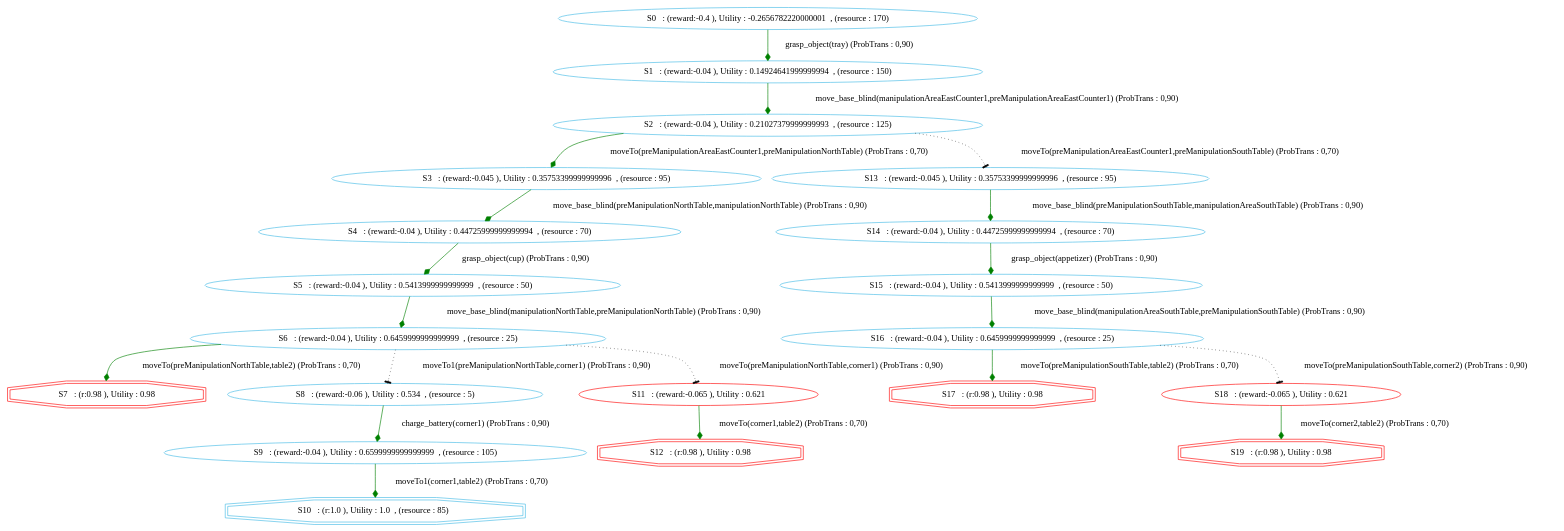
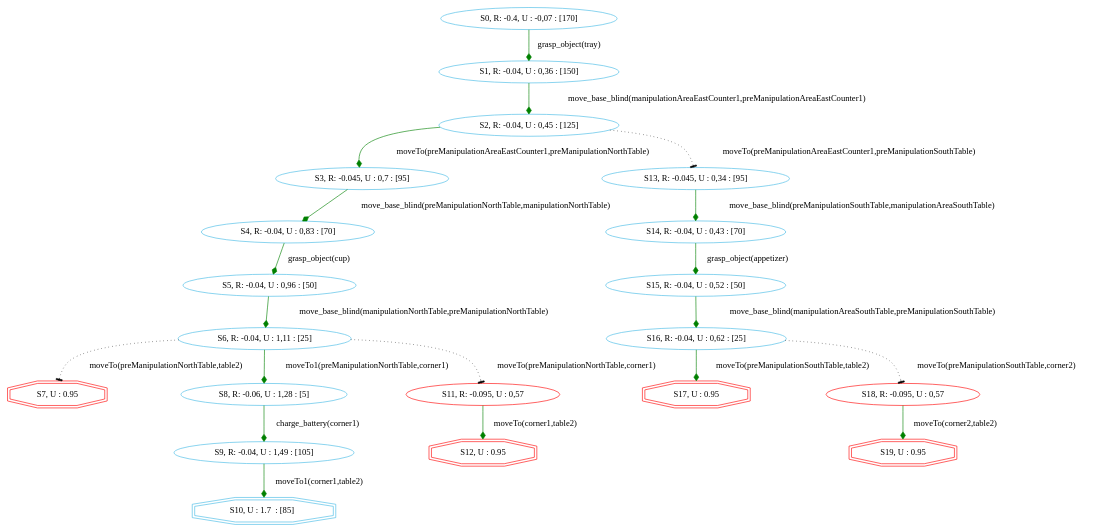
One commit to htiraHatem/CHIMP_MDP changed the diagram in chimp/src/main/java/examples/MDP/RACE/test_m_drive_robot_3.dot. Above: the diagram before and after it, drawn with Graphviz. The commit also changed 20 other files, not shown here.

```diff
--- a/chimp/src/main/java/examples/MDP/RACE/test_m_drive_robot_3.dot
+++ b/chimp/src/main/java/examples/MDP/RACE/test_m_drive_robot_3.dot
@@ -1,30 +1,30 @@
 digraph {
   node [color="#40b9e5" ]
  size="60,17";
-"7" [label=" S7   : (r:0.98 ), Utility : 0.98 " color = red ,  shape=doubleoctagon]
-"10" [label=" S10   : (r:1.0 ), Utility : 1.0  , (resource : 85)  " shape=doubleoctagon];
-"12" [label=" S12   : (r:0.98 ), Utility : 0.98 " color = red ,  shape=doubleoctagon]
-"17" [label=" S17   : (r:0.98 ), Utility : 0.98 " color = red ,  shape=doubleoctagon]
-"19" [label=" S19   : (r:0.98 ), Utility : 0.98 " color = red ,  shape=doubleoctagon]
-"0" [label=" S0   : (reward:-0.4 ), Utility : -0.2656782220000001  , (resource : 170) "]"1" [label=" S1   : (reward:-0.04 ), Utility : 0.14924641999999994  , (resource : 150) "]"2" [label=" S2   : (reward:-0.04 ), Utility : 0.21027379999999993  , (resource : 125) "]"3" [label=" S3   : (reward:-0.045 ), Utility : 0.35753399999999996  , (resource : 95) "]"4" [label=" S4   : (reward:-0.04 ), Utility : 0.44725999999999994  , (resource : 70) "]"5" [label=" S5   : (reward:-0.04 ), Utility : 0.5413999999999999  , (resource : 50) "]"6" [label=" S6   : (reward:-0.04 ), Utility : 0.6459999999999999  , (resource : 25) "]"8" [label=" S8   : (reward:-0.06 ), Utility : 0.534  , (resource : 5) "]"9" [label=" S9   : (reward:-0.04 ), Utility : 0.6599999999999999  , (resource : 105) "]"11" [label=" S11   : (reward:-0.065 ), Utility : 0.621 " color = red ]
-"13" [label=" S13   : (reward:-0.045 ), Utility : 0.35753399999999996  , (resource : 95) "]"14" [label=" S14   : (reward:-0.04 ), Utility : 0.44725999999999994  , (resource : 70) "]"15" [label=" S15   : (reward:-0.04 ), Utility : 0.5413999999999999  , (resource : 50) "]"16" [label=" S16   : (reward:-0.04 ), Utility : 0.6459999999999999  , (resource : 25) "]"18" [label=" S18   : (reward:-0.065 ), Utility : 0.621 " color = red ]
-"0" -> "1" [ label="grasp_object(tray) (ProbTrans : 0,90)"
-, arrowhead = diamond , color=green];"1" -> "2" [ label="move_base_blind(manipulationAreaEastCounter1,preManipulationAreaEastCounter1) (ProbTrans : 0,90)"
-, arrowhead = diamond , color=green];"2" -> "3" [ label="moveTo(preManipulationAreaEastCounter1,preManipulationNorthTable) (ProbTrans : 0,70)"
-, arrowhead = diamond , color=green];"2" -> "13" [ label="moveTo(preManipulationAreaEastCounter1,preManipulationSouthTable) (ProbTrans : 0,70)"
-,style=dotted, arrowhead=tee];"3" -> "4" [ label="move_base_blind(preManipulationNorthTable,manipulationNorthTable) (ProbTrans : 0,90)"
-, arrowhead = diamond , color=green];"4" -> "5" [ label="grasp_object(cup) (ProbTrans : 0,90)"
-, arrowhead = diamond , color=green];"5" -> "6" [ label="move_base_blind(manipulationNorthTable,preManipulationNorthTable) (ProbTrans : 0,90)"
-, arrowhead = diamond , color=green];"6" -> "7" [ label="moveTo(preManipulationNorthTable,table2) (ProbTrans : 0,70)"
-, arrowhead = diamond , color=green];"6" -> "8" [ label="moveTo1(preManipulationNorthTable,corner1) (ProbTrans : 0,90)"
-,style=dotted, arrowhead=tee];"6" -> "11" [ label="moveTo(preManipulationNorthTable,corner1) (ProbTrans : 0,90)"
-,style=dotted, arrowhead=tee];"8" -> "9" [ label="charge_battery(corner1) (ProbTrans : 0,90)"
-, arrowhead = diamond , color=green];"9" -> "10" [ label="moveTo1(corner1,table2) (ProbTrans : 0,70)"
-, arrowhead = diamond , color=green];"11" -> "12" [ label="moveTo(corner1,table2) (ProbTrans : 0,70)"
-, arrowhead = diamond , color=green];"13" -> "14" [ label="move_base_blind(preManipulationSouthTable,manipulationAreaSouthTable) (ProbTrans : 0,90)"
-, arrowhead = diamond , color=green];"14" -> "15" [ label="grasp_object(appetizer) (ProbTrans : 0,90)"
-, arrowhead = diamond , color=green];"15" -> "16" [ label="move_base_blind(manipulationAreaSouthTable,preManipulationSouthTable) (ProbTrans : 0,90)"
-, arrowhead = diamond , color=green];"16" -> "17" [ label="moveTo(preManipulationSouthTable,table2) (ProbTrans : 0,70)"
-, arrowhead = diamond , color=green];"16" -> "18" [ label="moveTo(preManipulationSouthTable,corner2) (ProbTrans : 0,90)"
-,style=dotted, arrowhead=tee];"18" -> "19" [ label="moveTo(corner2,table2) (ProbTrans : 0,70)"
+"7" [label=" S7, U : 0.95 " color = red ,  shape=doubleoctagon]
+"10" [label=" S10, U : 1.7  : [85]  " shape=doubleoctagon];
+"12" [label=" S12, U : 0.95 " color = red ,  shape=doubleoctagon]
+"17" [label=" S17, U : 0.95 " color = red ,  shape=doubleoctagon]
+"19" [label=" S19, U : 0.95 " color = red ,  shape=doubleoctagon]
+"0" [label=" S0, R: -0.4, U : -0,07 : [170] "]"1" [label=" S1, R: -0.04, U : 0,36 : [150] "]"2" [label=" S2, R: -0.04, U : 0,45 : [125] "]"3" [label=" S3, R: -0.045, U : 0,7 : [95] "]"4" [label=" S4, R: -0.04, U : 0,83 : [70] "]"5" [label=" S5, R: -0.04, U : 0,96 : [50] "]"6" [label=" S6, R: -0.04, U : 1,11 : [25] "]"8" [label=" S8, R: -0.06, U : 1,28 : [5] "]"9" [label=" S9, R: -0.04, U : 1,49 : [105] "]"11" [label=" S11, R: -0.095, U : 0,57 " color = red ]
+"13" [label=" S13, R: -0.045, U : 0,34 : [95] "]"14" [label=" S14, R: -0.04, U : 0,43 : [70] "]"15" [label=" S15, R: -0.04, U : 0,52 : [50] "]"16" [label=" S16, R: -0.04, U : 0,62 : [25] "]"18" [label=" S18, R: -0.095, U : 0,57 " color = red ]
+"0" -> "1" [ label="grasp_object(tray)"
+, arrowhead = diamond , color=green];"1" -> "2" [ label="move_base_blind(manipulationAreaEastCounter1,preManipulationAreaEastCounter1)"
+, arrowhead = diamond , color=green];"2" -> "3" [ label="moveTo(preManipulationAreaEastCounter1,preManipulationNorthTable)"
+, arrowhead = diamond , color=green];"2" -> "13" [ label="moveTo(preManipulationAreaEastCounter1,preManipulationSouthTable)"
+,style=dotted, arrowhead=tee];"3" -> "4" [ label="move_base_blind(preManipulationNorthTable,manipulationNorthTable)"
+, arrowhead = diamond , color=green];"4" -> "5" [ label="grasp_object(cup)"
+, arrowhead = diamond , color=green];"5" -> "6" [ label="move_base_blind(manipulationNorthTable,preManipulationNorthTable)"
+, arrowhead = diamond , color=green];"6" -> "7" [ label="moveTo(preManipulationNorthTable,table2)"
+,style=dotted, arrowhead=tee];"6" -> "8" [ label="moveTo1(preManipulationNorthTable,corner1)"
+, arrowhead = diamond , color=green];"6" -> "11" [ label="moveTo(preManipulationNorthTable,corner1)"
+,style=dotted, arrowhead=tee];"8" -> "9" [ label="charge_battery(corner1)"
+, arrowhead = diamond , color=green];"9" -> "10" [ label="moveTo1(corner1,table2)"
+, arrowhead = diamond , color=green];"11" -> "12" [ label="moveTo(corner1,table2)"
+, arrowhead = diamond , color=green];"13" -> "14" [ label="move_base_blind(preManipulationSouthTable,manipulationAreaSouthTable)"
+, arrowhead = diamond , color=green];"14" -> "15" [ label="grasp_object(appetizer)"
+, arrowhead = diamond , color=green];"15" -> "16" [ label="move_base_blind(manipulationAreaSouthTable,preManipulationSouthTable)"
+, arrowhead = diamond , color=green];"16" -> "17" [ label="moveTo(preManipulationSouthTable,table2)"
+, arrowhead = diamond , color=green];"16" -> "18" [ label="moveTo(preManipulationSouthTable,corner2)"
+,style=dotted, arrowhead=tee];"18" -> "19" [ label="moveTo(corner2,table2)"
 , arrowhead = diamond , color=green];}
```
